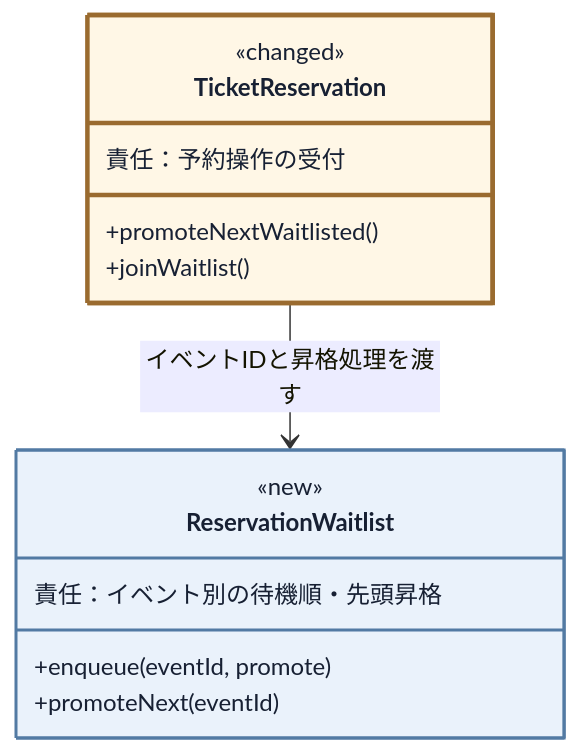
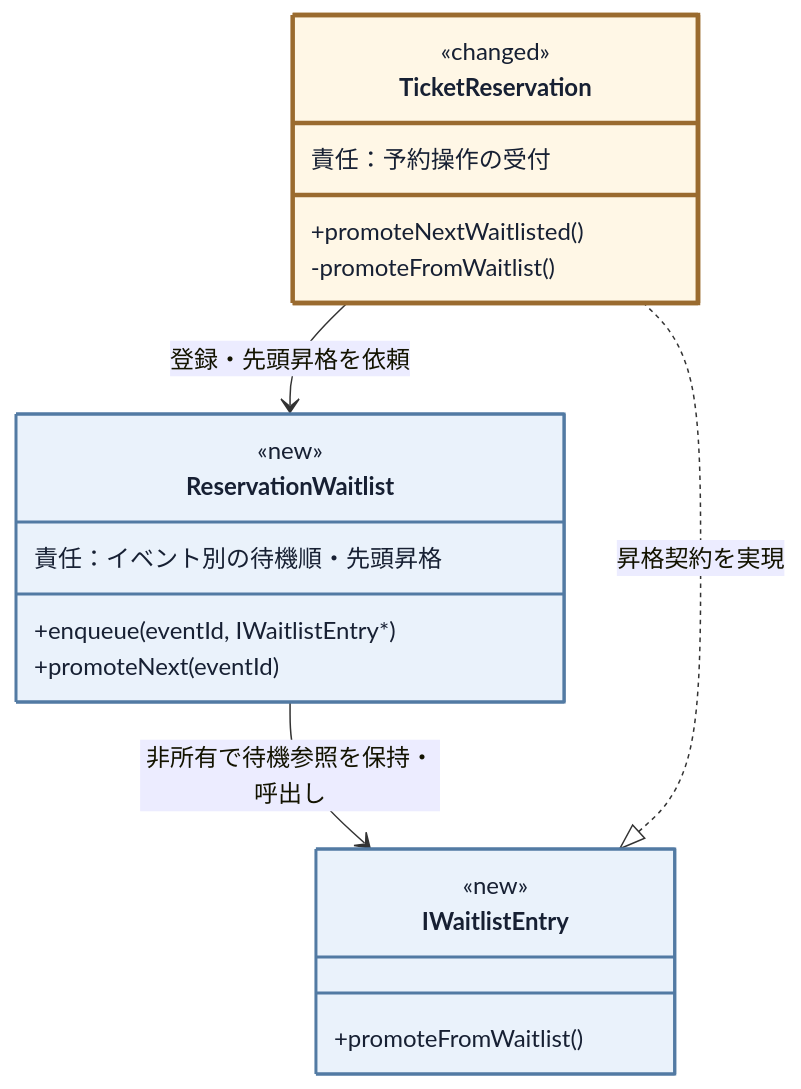
Diagram 16 of 25 in kindle/design-patterns/books/volume01-core-patterns/output/04-chapter02.md (kumachan1101-pixel/DesignPattern), drawn with Mermaid before and after one commit. The commit also changed other lines of this file and 6 other files, not shown here.

````diff
--- a/kindle/design-patterns/books/volume01-core-patterns/output/04-chapter02.md
+++ b/kindle/design-patterns/books/volume01-core-patterns/output/04-chapter02.md
@@ -1740,20 +1772,27 @@
 ```mermaid
 classDiagram
     direction TB
     class TicketReservation:::touched {
         <<changed>>
         責任：予約操作の受付
         +promoteNextWaitlisted()
-        +joinWaitlist()
+        -promoteFromWaitlist()
+    }
+    class IWaitlistEntry:::added {
+        <<new>>
+        <<interface>>
+        +promoteFromWaitlist()
     }
     class ReservationWaitlist:::added {
         <<new>>
         責任：イベント別の待機順・先頭昇格
-        +enqueue(eventId, promote)
+        +enqueue(eventId, IWaitlistEntry*)
         +promoteNext(eventId)
     }
-    TicketReservation --> ReservationWaitlist : イベントIDと昇格処理を渡す
+    IWaitlistEntry <|.. TicketReservation : 昇格契約を実現
+    TicketReservation --> ReservationWaitlist : 登録・先頭昇格を依頼
+    ReservationWaitlist --> IWaitlistEntry : 非所有で待機参照を保持・呼出し
 
     classDef added fill:#eaf2fb,stroke:#527aa3,stroke-width:2px,color:#172033;
     classDef touched fill:#fff7e6,stroke:#9a6b2f,stroke-width:3px,color:#172033;
 ```
````
